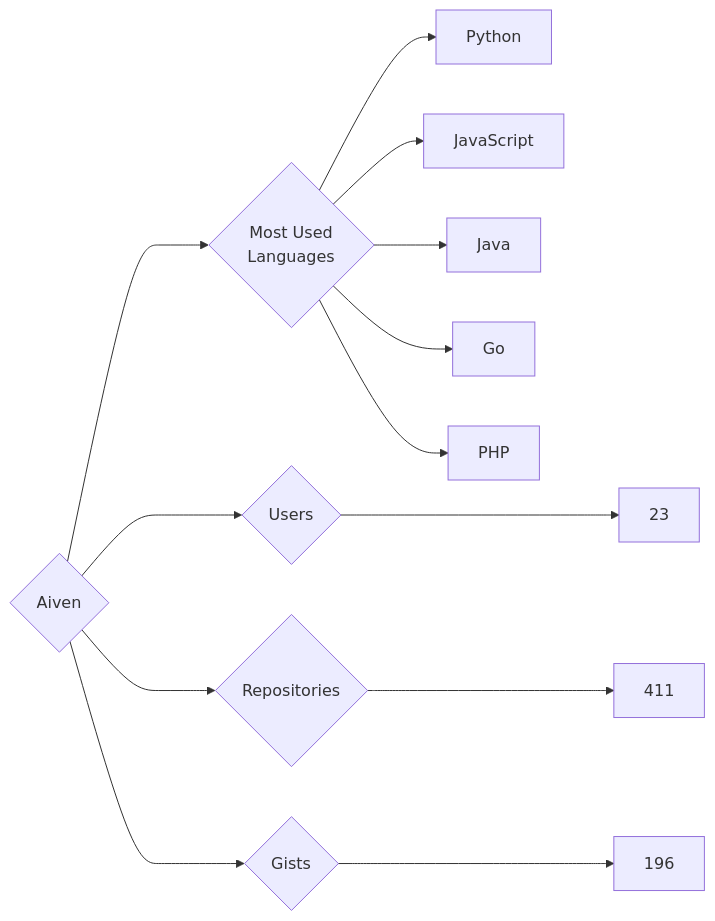
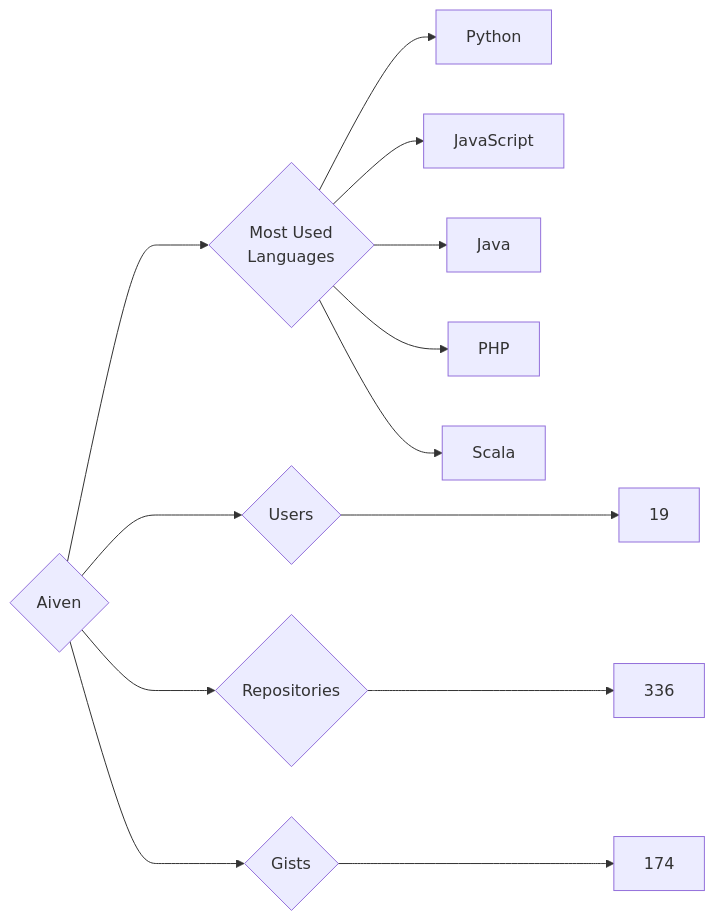
The diagram in targets/Aiven/README.md (trickest/insiders), drawn with Mermaid before and after one commit. The commit also changed 750 other files, not shown here.

````diff
--- a/targets/Aiven/README.md
+++ b/targets/Aiven/README.md
@@ -3,13 +3,13 @@
 ```mermaid
 graph LR
 COMPANY_NAME{Aiven}
-COMPANY_NAME ---> U{Users} ---> UN[23]
-COMPANY_NAME ---> R{Repositories} ---> RN[411]
-COMPANY_NAME ---> G{Gists} ---> GN[196]
+COMPANY_NAME ---> U{Users} ---> UN[19]
+COMPANY_NAME ---> R{Repositories} ---> RN[336]
+COMPANY_NAME ---> G{Gists} ---> GN[174]
 COMPANY_NAME ---> ML{Most Used<br>Languages}
 ML --> Python[Python]
 ML --> JavaScript[JavaScript]
 ML --> Java[Java]
-ML --> Go[Go]
 ML --> PHP[PHP]
+ML --> Scala[Scala]
 ```
````
